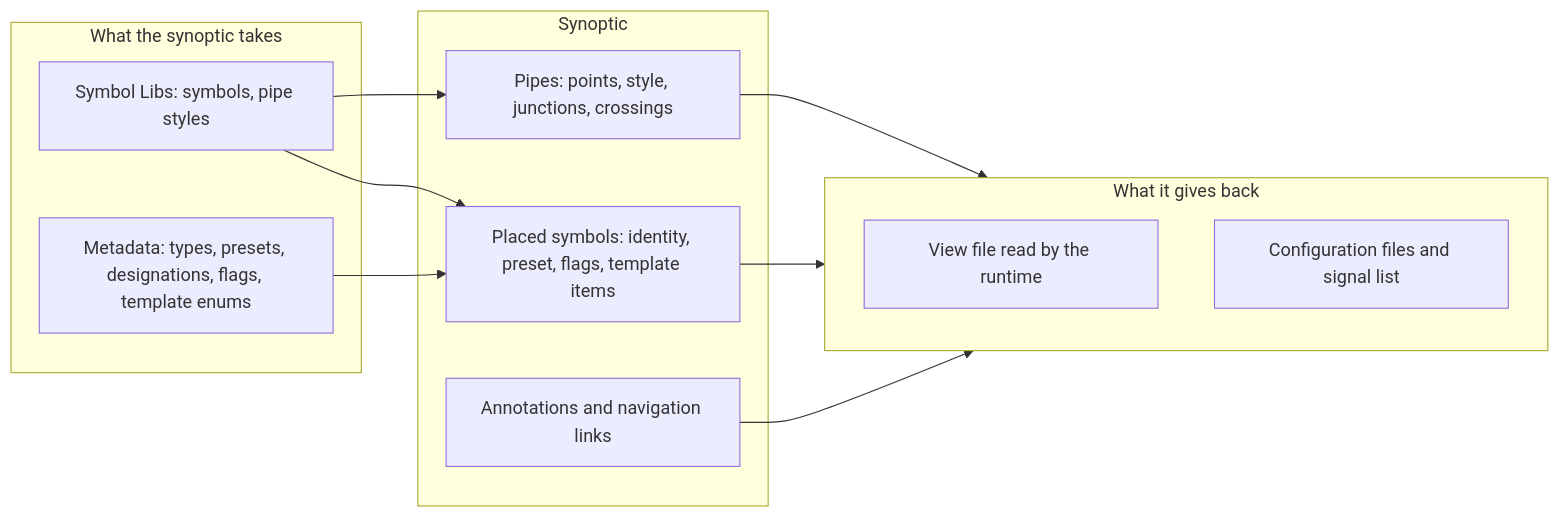
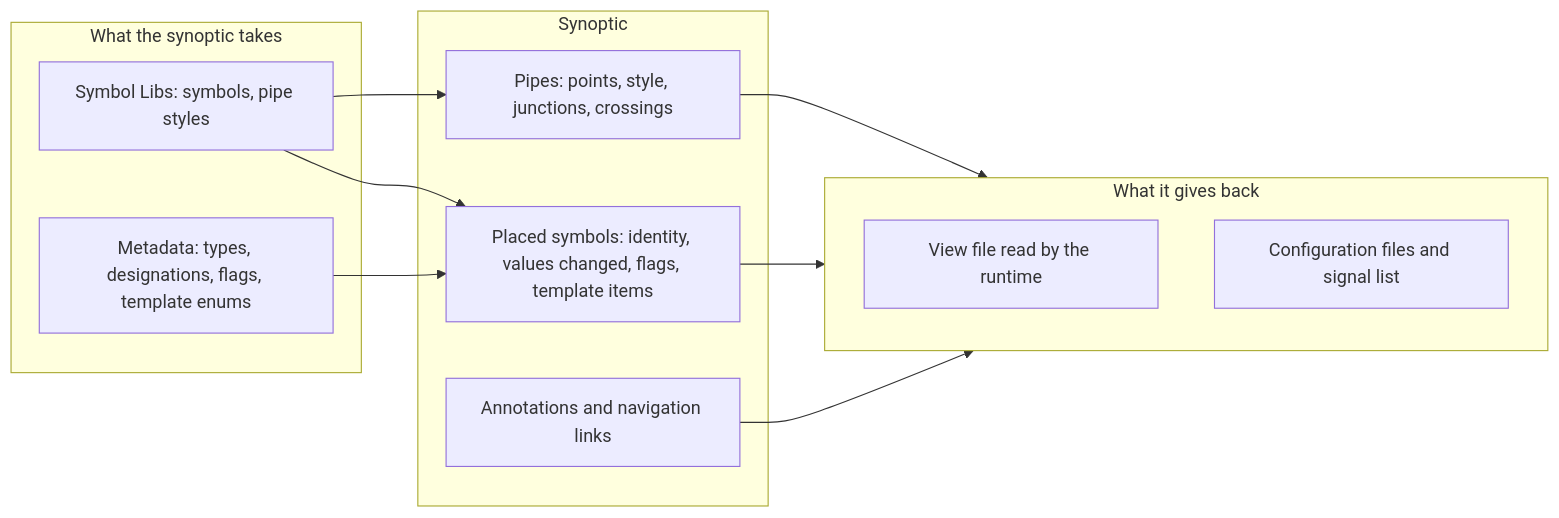
The diagram in synoptics/README.md (AlexandreGallais/synoptic-studio-spec), drawn with Mermaid before and after one commit. The commit also changed other lines of this file and 65 other files, not shown here.

````diff
--- a/synoptics/README.md
+++ b/synoptics/README.md
@@ -19,22 +19,22 @@
 ```mermaid
 flowchart LR
     subgraph IN["What the synoptic takes"]
         SL["Symbol Libs: symbols, pipe styles"]
-        MD["Metadata: types, presets, designations, flags, template enums"]
+        MD["Metadata: types, designations, flags, template enums"]
     end
     subgraph SN["Synoptic"]
-        PS["Placed symbols: identity, preset, flags, template items"]
+        PS["Placed symbols: identity, values changed, flags, template items"]
         PI["Pipes: points, style, junctions, crossings"]
         AN["Annotations and navigation links"]
     end
     SL --> PS
     SL --> PI
     MD --> PS
     PS --> OUT
     PI --> OUT
     AN --> OUT
     subgraph OUT["What it gives back"]
         VF["View file read by the runtime"]
         CF["Configuration files and signal list"]
     end
 ```
````
